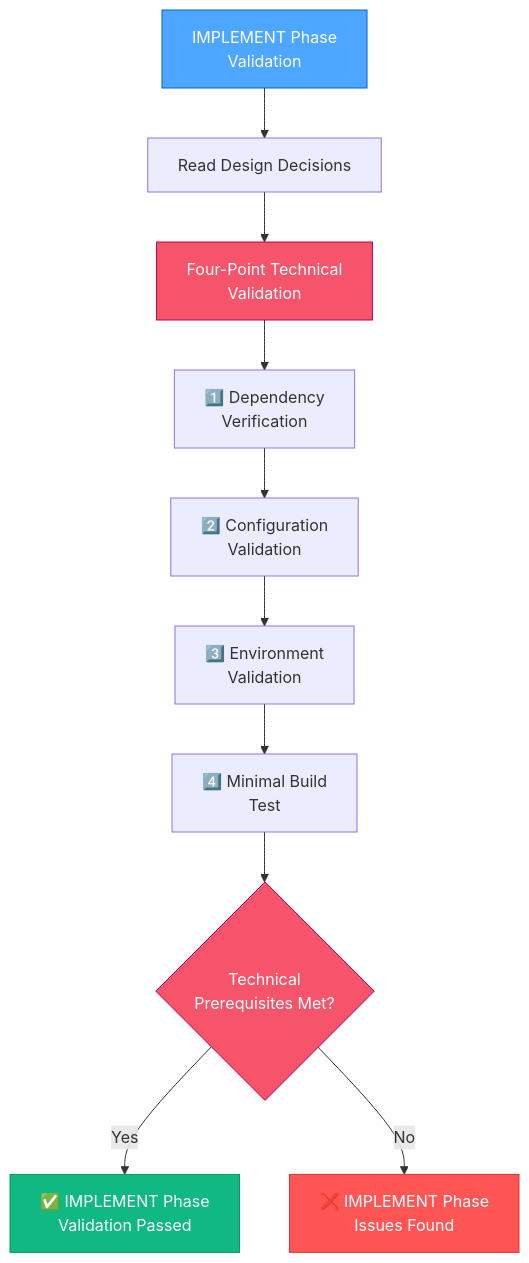
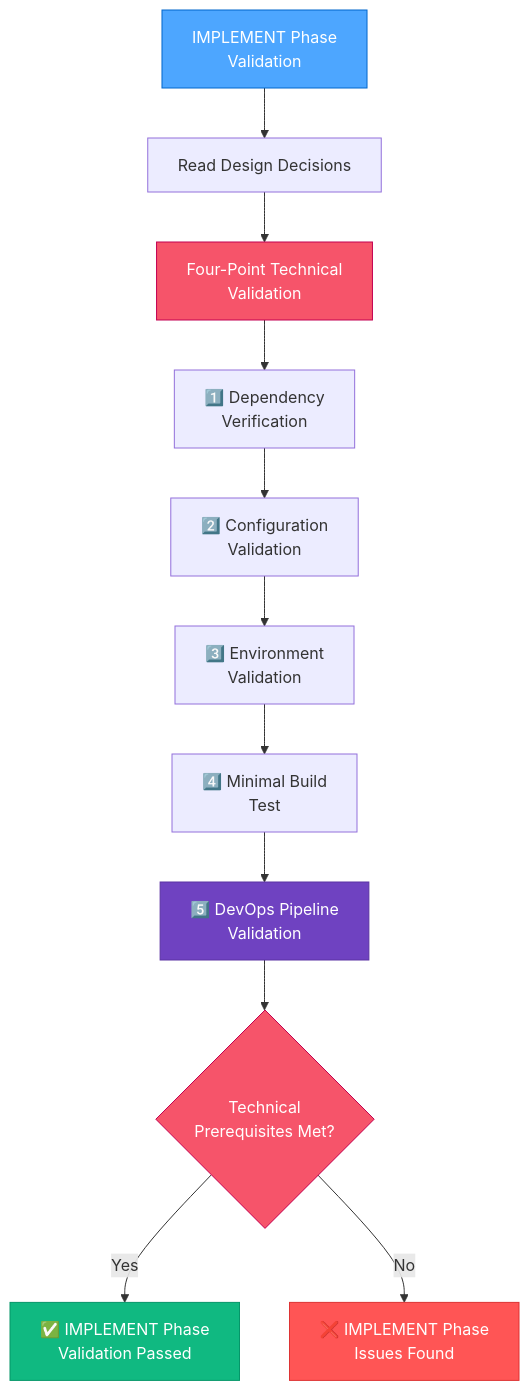
Before and after one commit to ms-moar/cursor-tools: the ninth of 10 diagrams in .cursor/rules/isolation_rules/visual-maps/qa-mode-map.mdc, drawn with Mermaid. The commit also changed other lines of this file and 3 other files, not shown here.

````diff
--- a/.cursor/rules/isolation_rules/visual-maps/qa-mode-map.mdc
+++ b/.cursor/rules/isolation_rules/visual-maps/qa-mode-map.mdc
@@ -222,20 +222,22 @@
 ```mermaid
 graph TD
     IMPLEMENT["IMPLEMENT Phase<br>Validation"] --> ReadDesign["Read Design Decisions"]
     ReadDesign --> FourChecks["Four-Point Technical<br>Validation"]
     
     FourChecks --> DepCheck["1️⃣ Dependency<br>Verification"]
     DepCheck --> ConfigCheck["2️⃣ Configuration<br>Validation"]
     ConfigCheck --> EnvCheck["3️⃣ Environment<br>Validation"]
     EnvCheck --> MinBuildCheck["4️⃣ Minimal Build<br>Test"]
+    MinBuildCheck --> DevOpsCheck["5️⃣ DevOps Pipeline<br>Validation"]
     
-    MinBuildCheck --> IMPLEMENTConsistency{"Technical<br>Prerequisites Met?"}
+    DevOpsCheck --> IMPLEMENTConsistency{"Technical<br>Prerequisites Met?"}
     IMPLEMENTConsistency -->|"Yes"| PassIMPLEMENT["✅ IMPLEMENT Phase<br>Validation Passed"]
     IMPLEMENTConsistency -->|"No"| FailIMPLEMENT["❌ IMPLEMENT Phase<br>Issues Found"]
     
     style IMPLEMENT fill:#4da6ff,stroke:#0066cc,color:white
     style FourChecks fill:#f6546a,stroke:#c30052,color:white
+    style DevOpsCheck fill:#6f42c1,stroke:#5a32a3,color:white
     style IMPLEMENTConsistency fill:#f6546a,stroke:#c30052,color:white
     style PassIMPLEMENT fill:#10b981,stroke:#059669,color:white
     style FailIMPLEMENT fill:#ff5555,stroke:#dd3333,color:white
 ```
````
